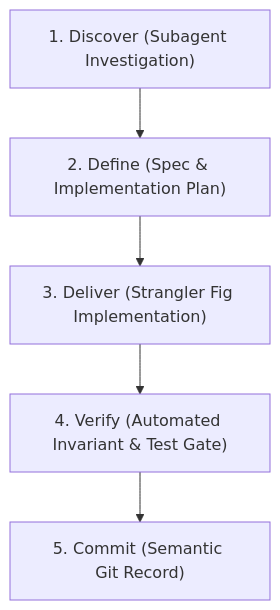
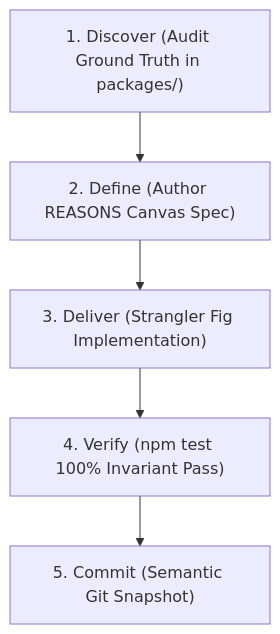
Before and after one commit to brennansk1/Flock: the second of 2 diagrams in docs/ROADMAP_SDD.md, drawn with Mermaid. The commit also changed other lines of this file and 3 other files, not shown here.

Commit message:
docs: consolidate live code ground truth into canonical specs for Opus 5.5 handoff

````diff
--- a/docs/ROADMAP_SDD.md
+++ b/docs/ROADMAP_SDD.md
@@ -11,7 +53,7 @@
 ```mermaid
 flowchart TD
-    D1["1. Discover (Subagent Investigation)"] --> D2["2. Define (Spec & Implementation Plan)"]
+    D1["1. Discover (Audit Ground Truth in packages/)"] --> D2["2. Define (Author REASONS Canvas Spec)"]
     D2 --> D3["3. Deliver (Strangler Fig Implementation)"]
-    D3 --> D4["4. Verify (Automated Invariant & Test Gate)"]
-    D4 --> D5["5. Commit (Semantic Git Record)"]
+    D3 --> D4["4. Verify (npm test 100% Invariant Pass)"]
+    D4 --> D5["5. Commit (Semantic Git Snapshot)"]
 ```
````
